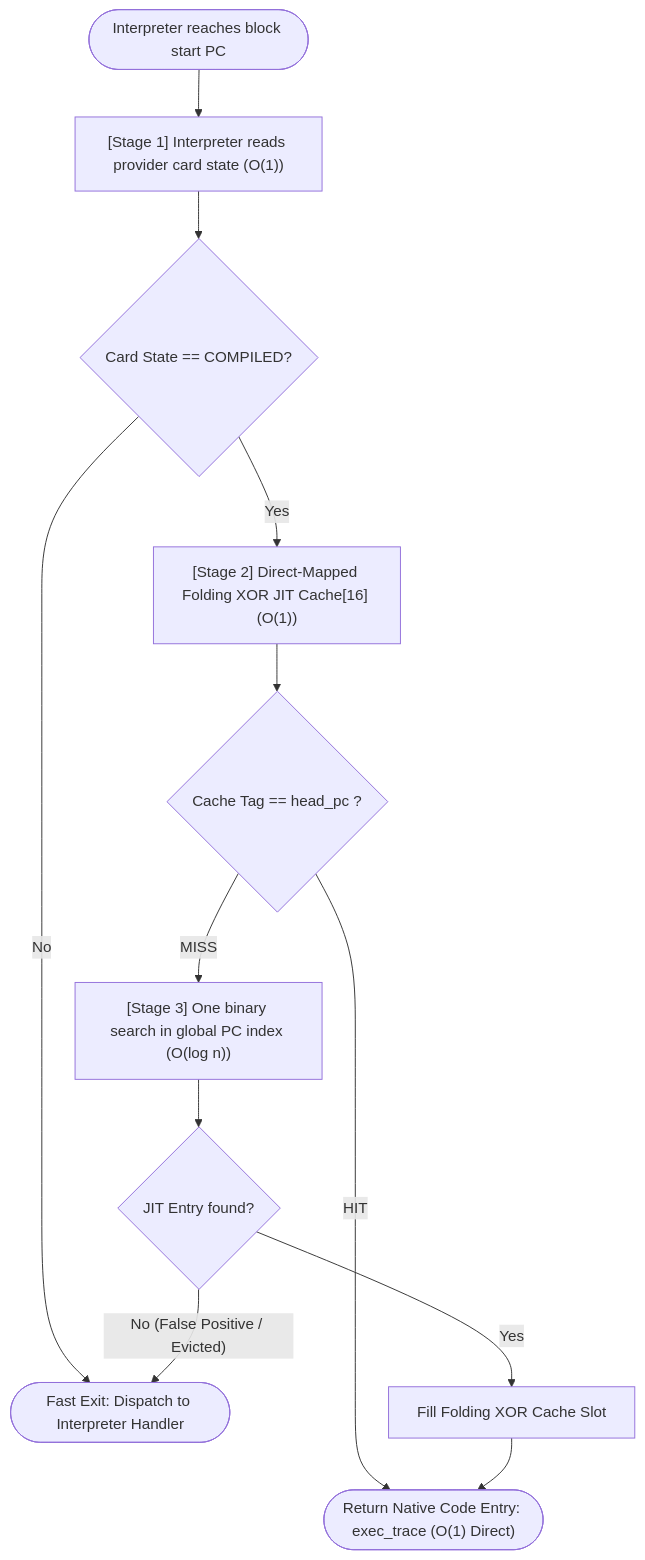
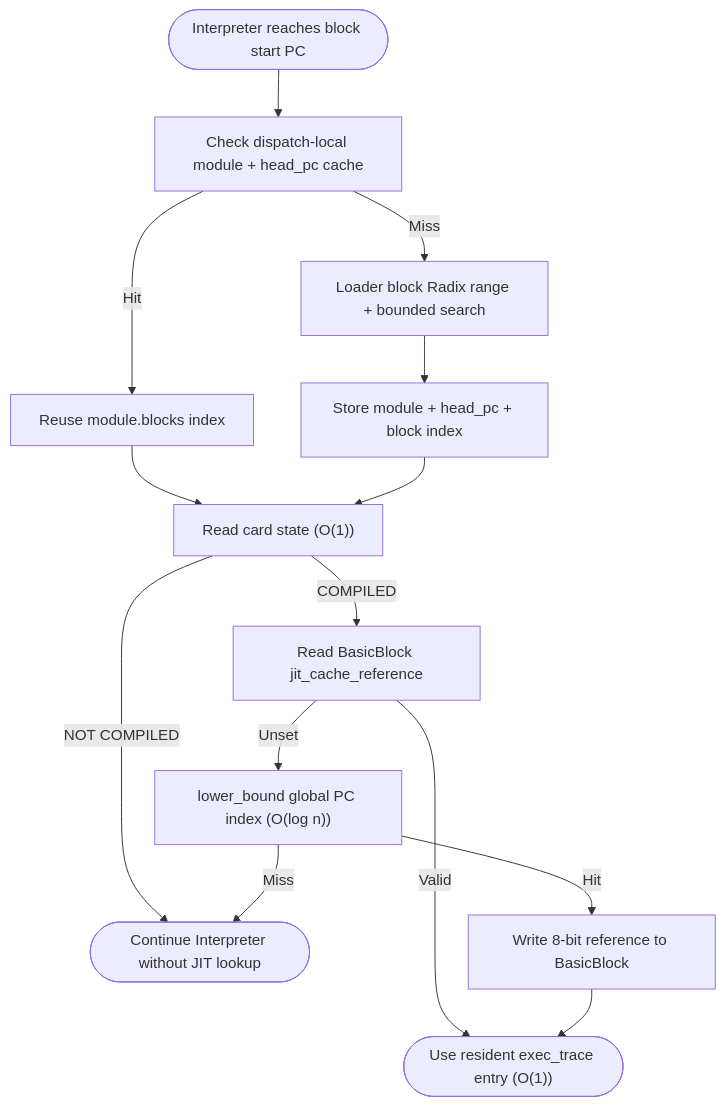
Before and after one commit to kmt-t/fireball: the third of 6 diagrams in docs/components/tier3_plugins/jit_runtime.md, drawn with Mermaid. The commit also changed other lines of this file and 74 other files, not shown here.

First line of the commit message:
refactor(runtime): align interpreter and JIT block execution

````diff
--- a/docs/components/tier3_plugins/jit_runtime.md
+++ b/docs/components/tier3_plugins/jit_runtime.md
@@ -232,17 +231,15 @@
 ```mermaid
 flowchart TD
-    Start(["Interpreter reaches block start PC"]) --> Stage1["[Stage 1] Interpreter reads provider card state (O(1))"]
-    Stage1 --> CheckCompiled{"Card State == COMPILED?"}
-
-    CheckCompiled -- "No" --> ExitInterp(["Fast Exit: Dispatch to Interpreter Handler"])
-    CheckCompiled -- "Yes" --> StageFast["[Stage 2] Direct-Mapped Folding XOR JIT Cache[16] (O(1))"]
-
-    StageFast --> FastHit{"Cache Tag == head_pc ?"}
-    FastHit -- "HIT" --> ReturnTrace(["Return Native Code Entry: exec_trace (O(1) Direct)"])
-
-    FastHit -- "MISS" --> StageBinary["[Stage 3] One binary search in global PC index (O(log n))"]
-
-    StageBinary --> Hit{"JIT Entry found?"}
-    Hit -- "Yes" --> FillSlot["Fill Folding XOR Cache Slot"] --> ReturnTrace
-    Hit -- "No (False Positive / Evicted)" --> ExitInterp
+    Start(["Interpreter reaches block start PC"]) --> SearchCache["Check dispatch-local module + head_pc cache"]
+    SearchCache -->|"Hit"| FindCached["Reuse module.blocks index"]
+    SearchCache -->|"Miss"| FindBlock["Loader block Radix range + bounded search"]
+    FindBlock --> StoreBlock["Store module + head_pc + block index"]
+    FindCached --> Card["Read card state (O(1))"]
+    StoreBlock --> Card
+    Card -->|"NOT COMPILED"| ExitInterp(["Continue Interpreter without JIT lookup"])
+    Card -->|"COMPILED"| ReadRef["Read BasicBlock jit_cache_reference"]
+    ReadRef -->|"Valid"| ReturnTrace(["Use resident exec_trace entry (O(1))"])
+    ReadRef -->|"Unset"| SearchIndex["lower_bound global PC index (O(log n))"]
+    SearchIndex -->|"Hit"| StoreRef["Write 8-bit reference to BasicBlock"] --> ReturnTrace
+    SearchIndex -->|"Miss"| ExitInterp
 ```
````
